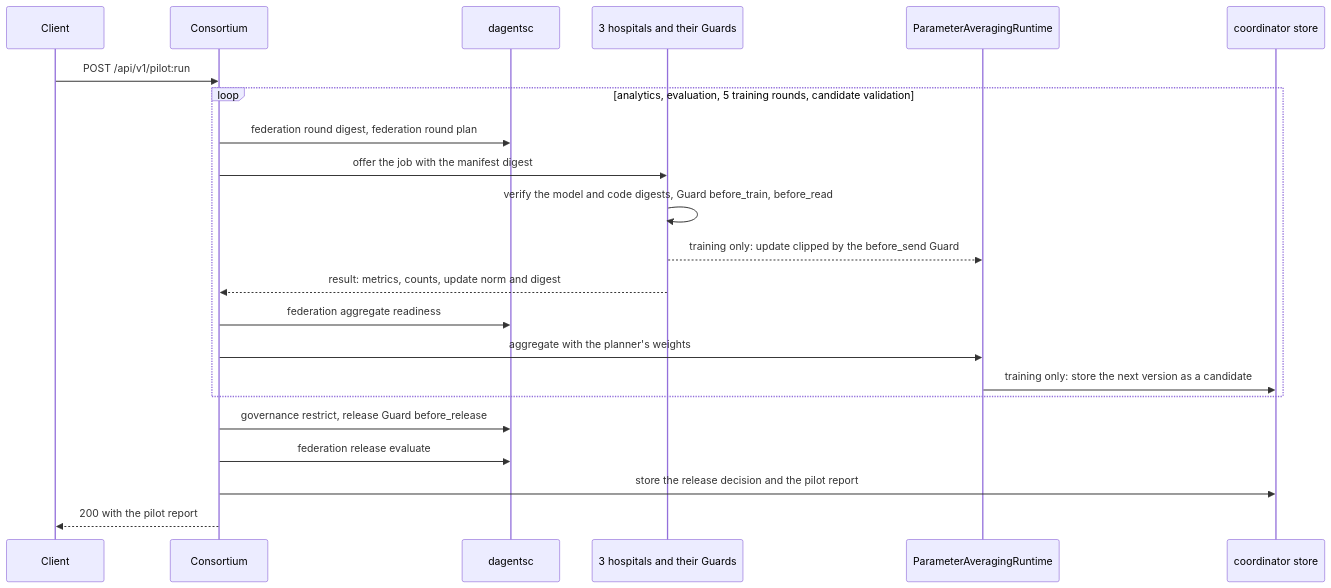
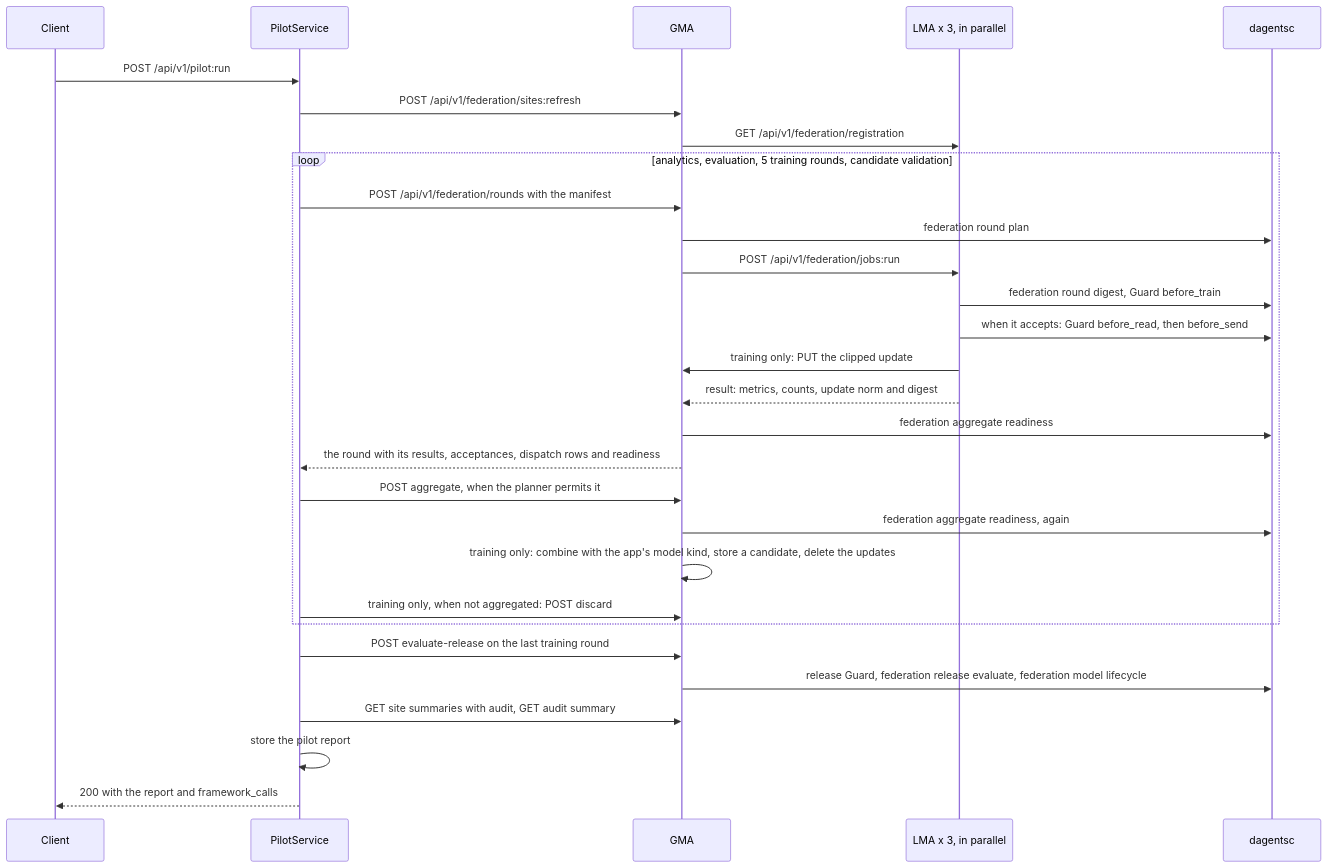
One commit to pradyunuydarp/Dagents changed the fifth of 6 diagrams in docs/reference/api/demo-apps.md. Above: the diagram before and after it, drawn with Mermaid. The commit also changed other lines of this file and 138 other files, not shown here.

First line of the commit message:
Switch the stroke demo to the Dagents LMA and GMA APIs

````diff
--- a/docs/reference/api/demo-apps.md
+++ b/docs/reference/api/demo-apps.md
@@ -872,24 +1051,31 @@
 ```mermaid
 sequenceDiagram
     participant Client
-    participant Coord as Consortium
+    participant App as PilotService
+    participant GMA
+    participant LMA as LMA x 3, in parallel
     participant Planner as dagentsc
-    participant Sites as 3 hospitals and their Guards
-    participant Runtime as ParameterAveragingRuntime
-    participant Registry as coordinator store
-    Client->>Coord: POST /api/v1/pilot:run
+    Client->>App: POST /api/v1/pilot:run
+    App->>GMA: POST /api/v1/federation/sites:refresh
+    GMA->>LMA: GET /api/v1/federation/registration
     loop analytics, evaluation, 5 training rounds, candidate validation
-        Coord->>Planner: federation round digest, federation round plan
-        Coord->>Sites: offer the job with the manifest digest
-        Sites->>Sites: verify the model and code digests, Guard before_train, before_read
-        Sites-->>Runtime: training only: update clipped by the before_send Guard
-        Sites-->>Coord: result: metrics, counts, update norm and digest
-        Coord->>Planner: federation aggregate readiness
-        Coord->>Runtime: aggregate with the planner's weights
-        Runtime->>Registry: training only: store the next version as a candidate
+        App->>GMA: POST /api/v1/federation/rounds with the manifest
+        GMA->>Planner: federation round plan
+        GMA->>LMA: POST /api/v1/federation/jobs:run
+        LMA->>Planner: federation round digest, Guard before_train
+        LMA->>Planner: when it accepts: Guard before_read, then before_send
+        LMA->>GMA: training only: PUT the clipped update
+        LMA-->>GMA: result: metrics, counts, update norm and digest
+        GMA->>Planner: federation aggregate readiness
+        GMA-->>App: the round with its results, acceptances, dispatch rows and readiness
+        App->>GMA: POST aggregate, when the planner permits it
+        GMA->>Planner: federation aggregate readiness, again
+        GMA->>GMA: training only: combine with the app's model kind, store a candidate, delete the updates
+        App->>GMA: training only, when not aggregated: POST discard
     end
-    Coord->>Planner: governance restrict, release Guard before_release
-    Coord->>Planner: federation release evaluate
-    Coord->>Registry: store the release decision and the pilot report
-    Coord-->>Client: 200 with the pilot report
+    App->>GMA: POST evaluate-release on the last training round
+    GMA->>Planner: release Guard, federation release evaluate, federation model lifecycle
+    App->>GMA: GET site summaries with audit, GET audit summary
+    App->>App: store the pilot report
+    App-->>Client: 200 with the report and framework_calls
 ```
````
